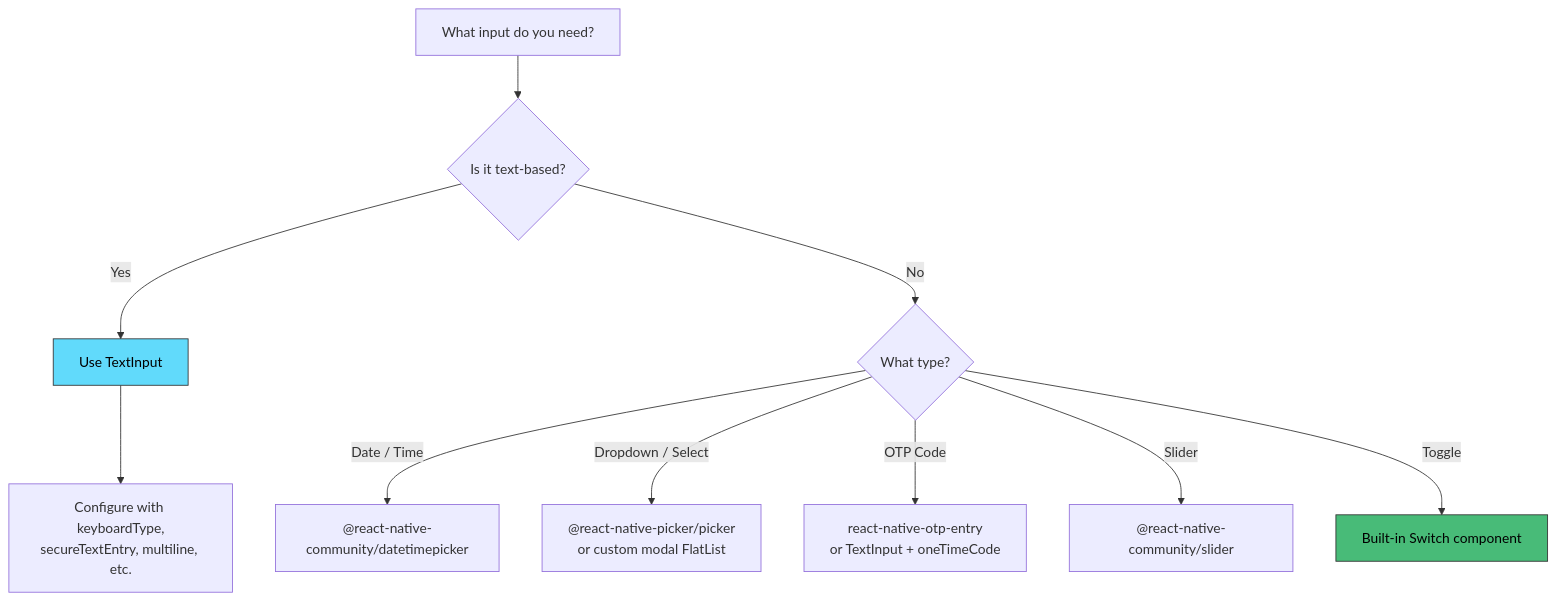
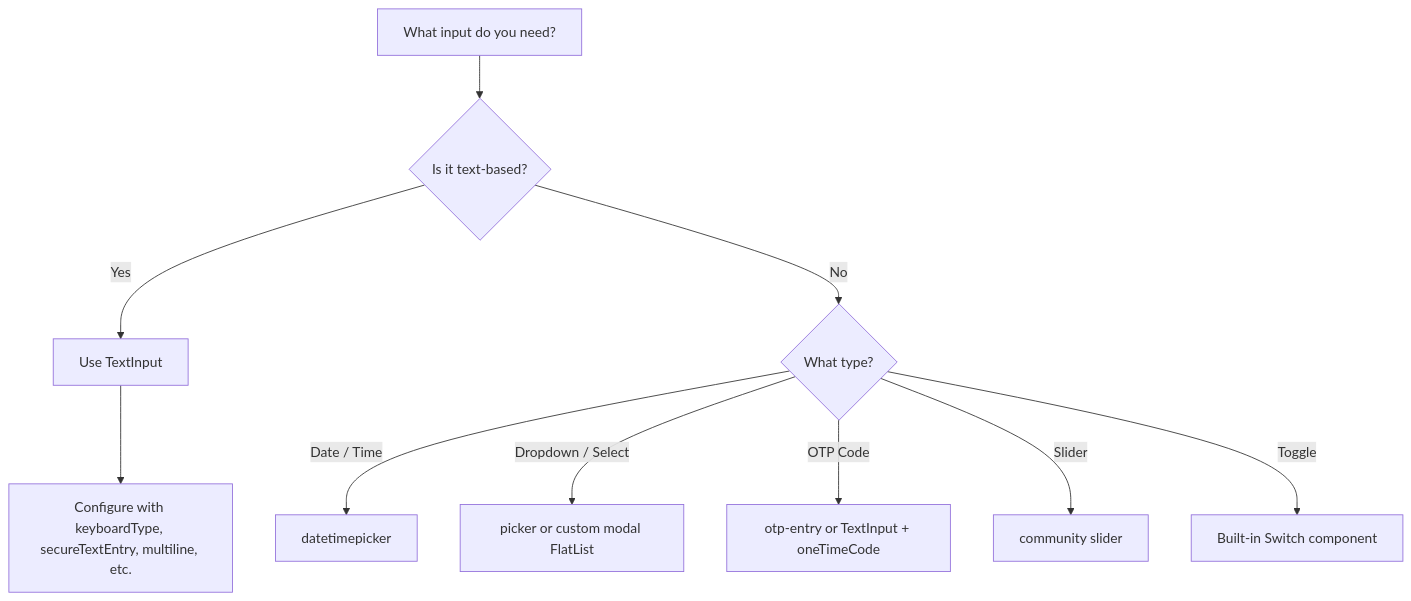
Before and after one commit to BabaScience/react-guides: the seventh of 8 diagrams in arguments/chapters/rn-08-forms-input.md, drawn with Mermaid. The commit also changed other lines of this file and 63 other files, not shown here.

First line of the commit message:
Enrich React Native roadmap with deeper content, visuals, and FR/IT translations

````diff
--- a/arguments/chapters/rn-08-forms-input.md
+++ b/arguments/chapters/rn-08-forms-input.md
@@ -546,16 +779,13 @@
 ```mermaid
 flowchart TD
     A["What input do you need?"] --> B{"Is it text-based?"}
     B -->|Yes| C["Use TextInput"]
-    C --> C1["Configure with keyboardType,\nsecureTextEntry, multiline, etc."]
+    C --> C1["Configure with keyboardType, secureTextEntry, multiline, etc."]
 
     B -->|No| D{"What type?"}
-    D -->|Date / Time| E["@react-native-community/datetimepicker"]
-    D -->|Dropdown / Select| F["@react-native-picker/picker\nor custom modal FlatList"]
-    D -->|OTP Code| G["react-native-otp-entry\nor TextInput + oneTimeCode"]
-    D -->|Slider| H["@react-native-community/slider"]
+    D -->|Date / Time| E["datetimepicker"]
+    D -->|Dropdown / Select| F["picker or custom modal FlatList"]
+    D -->|OTP Code| G["otp-entry or TextInput + oneTimeCode"]
+    D -->|Slider| H["community slider"]
     D -->|Toggle| I["Built-in Switch component"]
-
-    style C fill:#61dafb,stroke:#333,color:#000
-    style I fill:#48bb78,stroke:#333,color:#000
 ```
````
